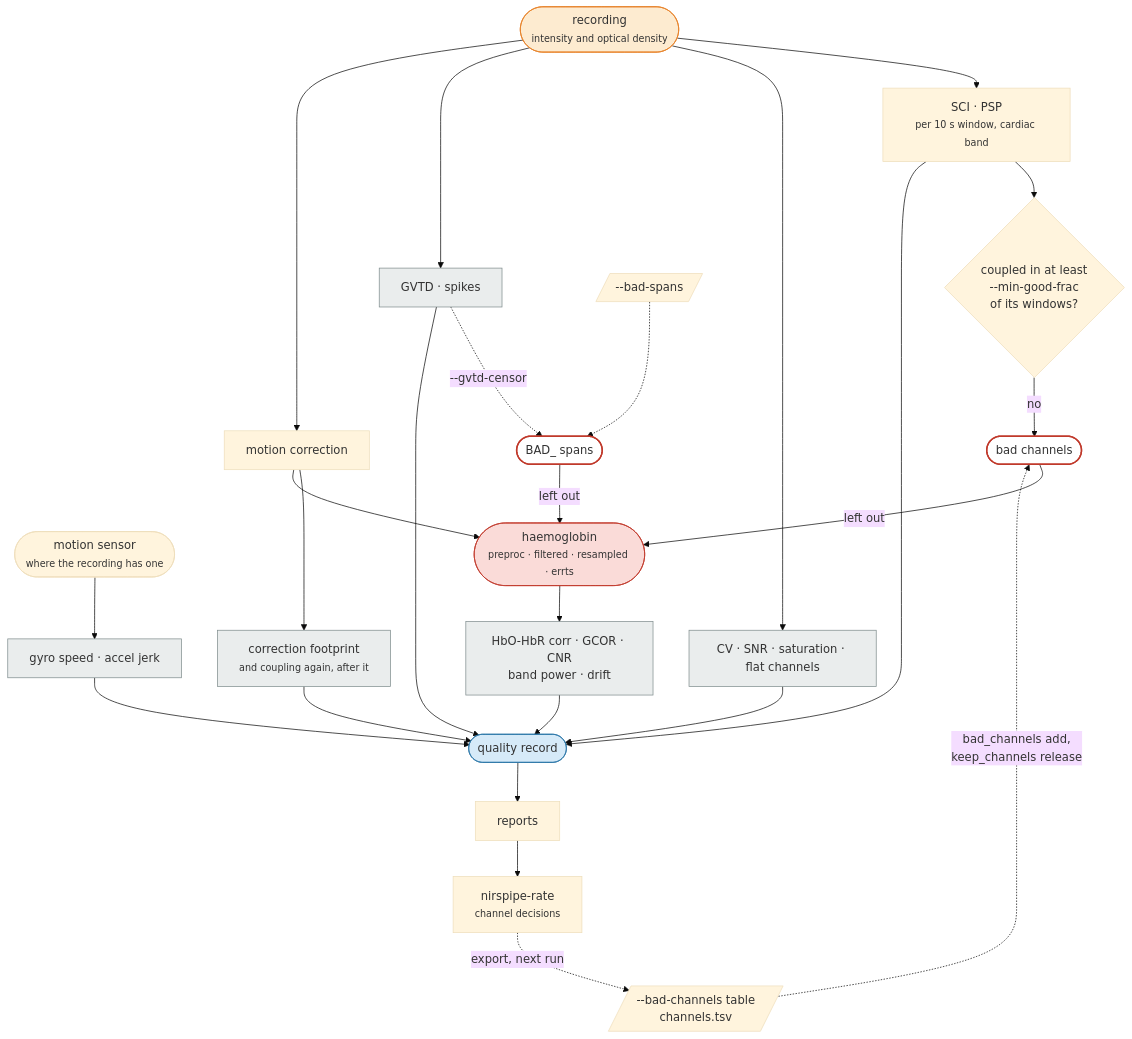
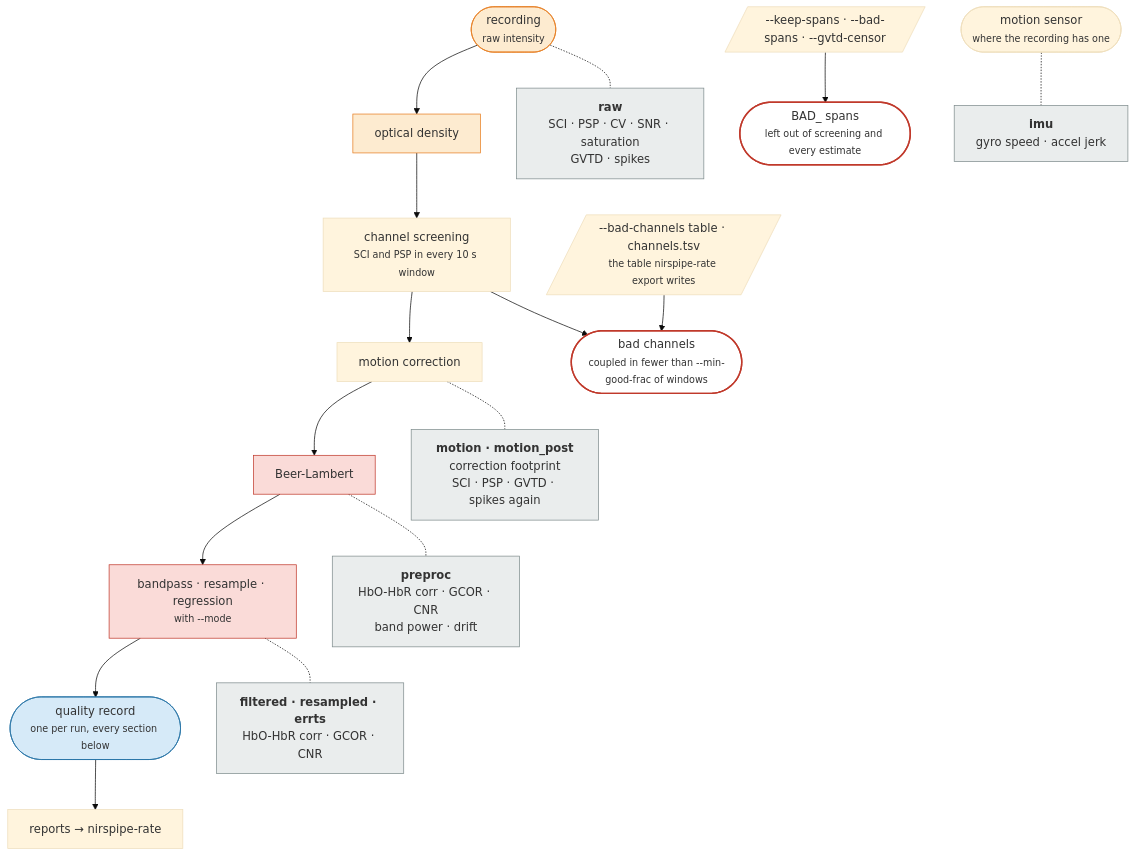
The diagram in docs/qc.md (AU-CONNECT-Lab/NIRSPipe), drawn with Mermaid (base theme) before and after one commit. The commit also changed other lines of this file, not shown here.

Commit message:
feat: Revise quality control documentation with updated flowchart and metrics descriptions

````diff
--- a/docs/qc.md
+++ b/docs/qc.md
@@ -48,41 +48,33 @@
 ```mermaid
 flowchart TD
-    REC(["recording<br/><small>intensity and optical density</small>"])
-    SENSOR(["motion sensor<br/><small>where the recording has one</small>"])
+    REC(["recording<br/><small>raw intensity</small>"])
+    OD["optical density"]
+    SCR["channel screening<br/><small>SCI and PSP in every 10 s window</small>"]
+    MC["motion correction"]
+    BL["Beer-Lambert"]
+    POST["bandpass · resample · regression<br/><small>with --mode</small>"]
+    SQM(["quality record<br/><small>one per run, every section below</small>"])
+    REP["reports → nirspipe-rate"]
 
-    REC --> SCIPSP["SCI · PSP<br/><small>per 10 s window, cardiac band</small>"]
-    SCIPSP --> WIN{"coupled in at least<br/>--min-good-frac<br/>of its windows?"}
-    WIN -->|no| BAD(["bad channels"])
-    TABLE[/"--bad-channels table<br/>channels.tsv"/] -.->|"bad_channels add,<br/>keep_channels release"| BAD
-    REC --> LEVEL["CV · SNR · saturation · flat channels"]
+    REC --> OD --> SCR --> MC --> BL --> POST --> SQM --> REP
 
-    REC --> GVTD["GVTD · spikes"]
-    GVTD -.->|"--gvtd-censor"| SPANS(["BAD_ spans"])
-    MANUAL[/"--bad-spans"/] -.-> SPANS
-
-    REC --> MC["motion correction"]
-    MC --> FOOT["correction footprint<br/><small>and coupling again, after it</small>"]
-
-    SENSOR --> IMU["gyro speed · accel jerk"]
-
-    MC --> HB(["haemoglobin<br/><small>preproc · filtered · resampled · errts</small>"])
-    BAD -->|"left out"| HB
-    SPANS -->|"left out"| HB
-    HB --> PROC["HbO-HbR corr · GCOR · CNR<br/>band power · drift"]
-
-    SCIPSP & LEVEL & GVTD & FOOT & IMU & PROC --> SQM(["quality record"])
-    SQM --> REP["reports"]
-    REP --> RATE["nirspipe-rate<br/><small>channel decisions</small>"]
-    RATE -.->|"export, next run"| TABLE
+    REC -.- M1["<b>raw</b><br/>SCI · PSP · CV · SNR · saturation<br/>GVTD · spikes"]
+    SCR --> BAD(["bad channels<br/><small>coupled in fewer than --min-good-frac of windows</small>"])
+    TAB[/"--bad-channels table · channels.tsv<br/><small>the table nirspipe-rate export writes</small>"/] --> BAD
+    SPIN[/"--keep-spans · --bad-spans · --gvtd-censor"/] --> SPANS(["BAD_ spans<br/><small>left out of screening and every estimate</small>"])
+    MC -.- M2["<b>motion · motion_post</b><br/>correction footprint<br/>SCI · PSP · GVTD · spikes again"]
+    BL -.- M3["<b>preproc</b><br/>HbO-HbR corr · GCOR · CNR<br/>band power · drift"]
+    POST -.- M4["<b>filtered · resampled · errts</b><br/>HbO-HbR corr · GCOR · CNR"]
+    SENS(["motion sensor<br/><small>where the recording has one</small>"]) -.- M5["<b>imu</b><br/>gyro speed · accel jerk"]
 
     classDef od fill:#fdebd0,stroke:#e67e22
     classDef haemo fill:#fadbd8,stroke:#c0392b
     classDef side fill:#eaeded,stroke:#7f8c8d
     classDef derivative fill:#d6eaf8,stroke:#2874a6
     classDef acts fill:#ffffff,stroke:#c0392b,stroke-width:2px
-    class REC od
-    class HB haemo
-    class LEVEL,GVTD,FOOT,IMU,PROC side
+    class REC,OD od
+    class BL,POST haemo
+    class M1,M2,M3,M4,M5 side
     class SQM derivative
     class BAD,SPANS acts
 ```
````
